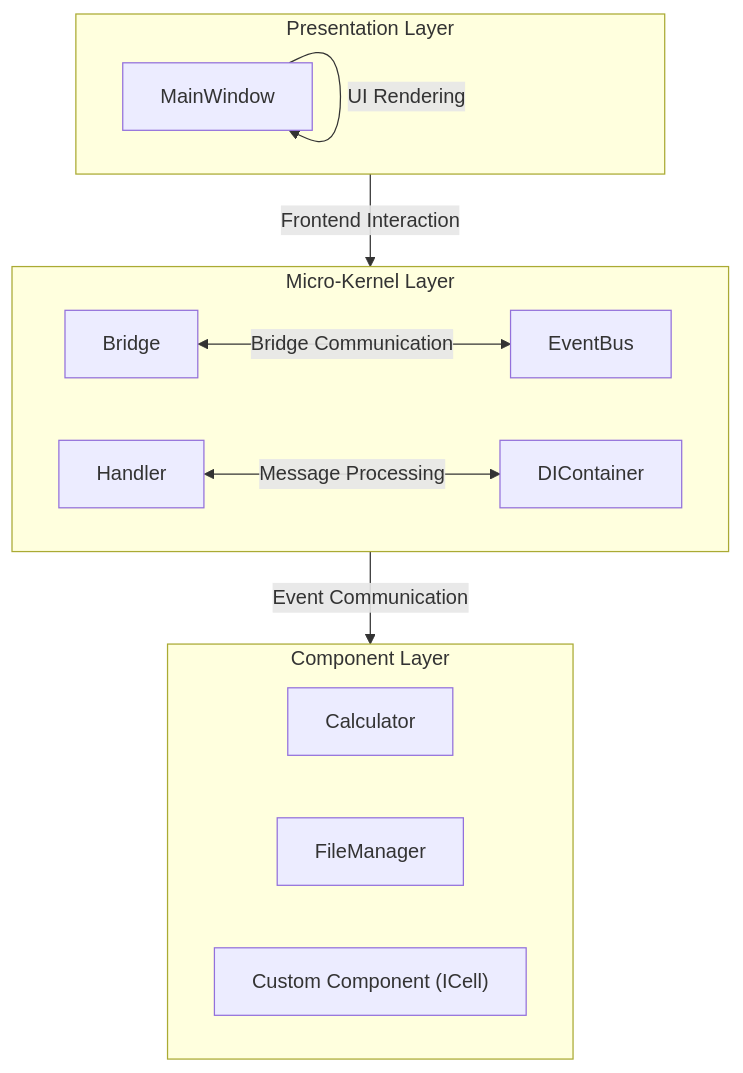
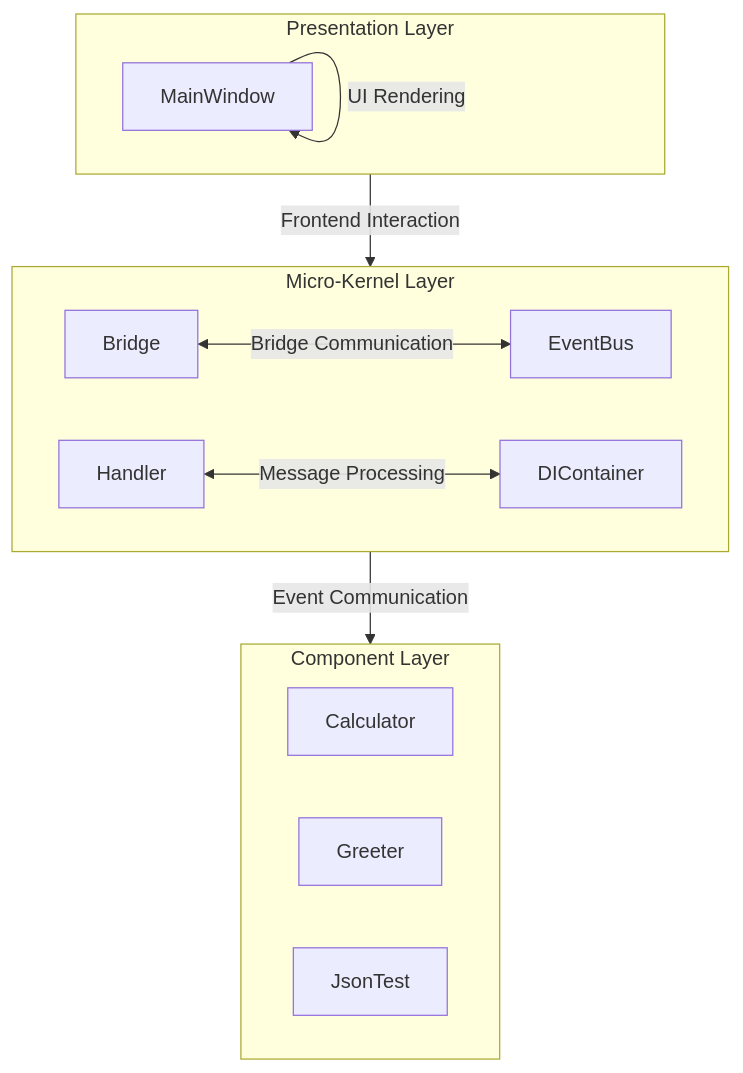
Before and after one commit to xiaojinao/Cellium-Serial: the second of 4 diagrams in README.en.md, drawn with Mermaid. The commit also changed other lines of this file and 2 other files, not shown here.

````diff
--- a/README.en.md
+++ b/README.en.md
@@ -143,27 +157,27 @@
 ```mermaid
 flowchart TB
     subgraph Presentation["Presentation Layer"]
         MW["MainWindow"]
         MW -->|"Window Management"| MW
         MW -->|"Event Subscription"| MW
         MW -->|"UI Rendering"| MW
     end
 
     subgraph Kernel["Micro-Kernel Layer"]
         EB["EventBus"]
         BR["Bridge"]
         HD["Handler"]
         DI["DIContainer"]
     end
 
     subgraph Component["Component Layer"]
         Calc["Calculator"]
-        FM["FileManager"]
-        Custom["Custom Component (ICell)"]
+        Grt["Greeter"]
+        Json["JsonTest"]
     end
 
     Presentation -->|"Frontend Interaction"| Kernel
     Kernel -->|"Event Communication"| Component
     HD <-->|"Message Processing"| DI
     BR <-->|"Bridge Communication"| EB
 ```
````
